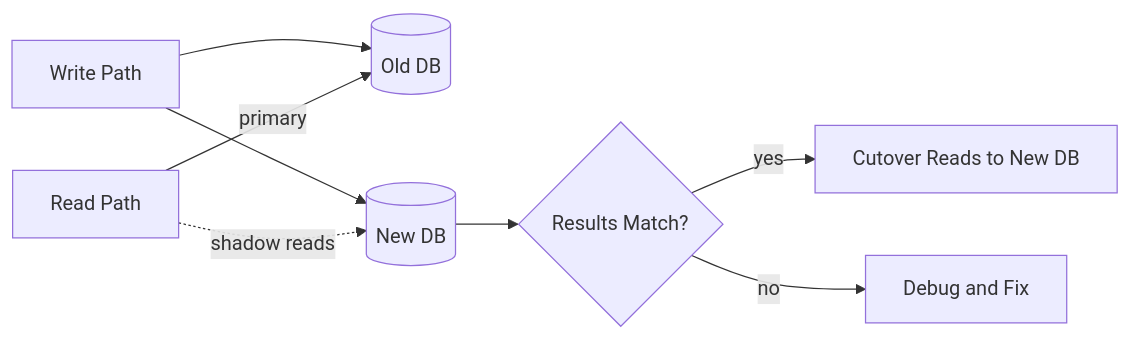
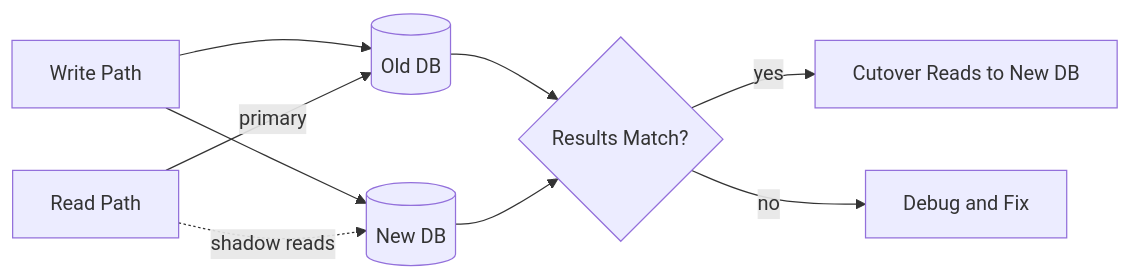
The diagram in site/content/principles/migration-dedup.md (huangsam/systology), drawn with Mermaid before and after one commit. The commit also changed other lines of this file and 2 other files, not shown here.

Commit message:
Adjust content and diagrams for a few pages

```diff
--- a/site/content/principles/migration-dedup.md
+++ b/site/content/principles/migration-dedup.md
@@ -91,10 +91,11 @@
 {{< mermaid >}}
 graph LR
     Write[Write Path] --> OldDB[(Old DB)]
     Write --> NewDB[(New DB)]
     Read[Read Path] -->|primary| OldDB
     Read -.->|shadow reads| NewDB
-    NewDB --> Verify{Results Match?}
+    OldDB --> Verify{Results Match?}
+    NewDB --> Verify
     Verify -->|yes| Cutover[Cutover Reads to New DB]
     Verify -->|no| Debug[Debug and Fix]
 {{< /mermaid >}}
```
